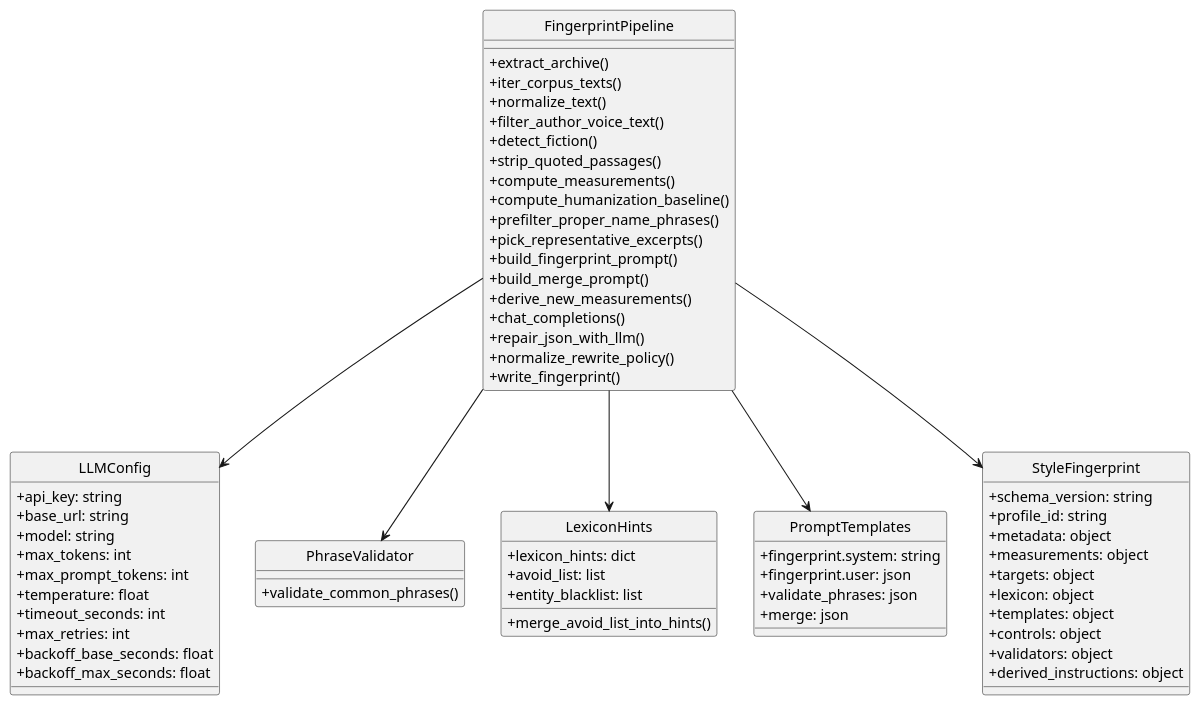
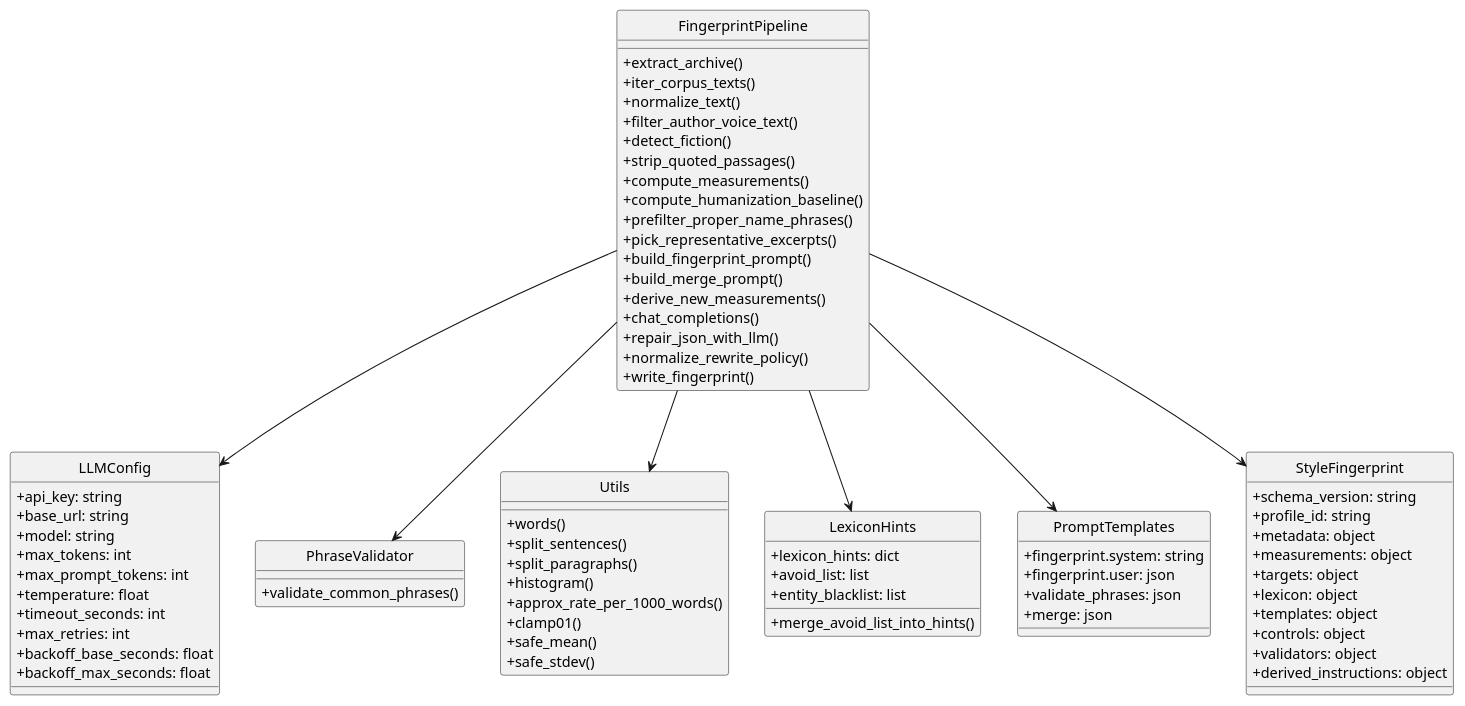
The first of 3 diagrams in UML-Fingerprint.md (ngpepin/stylometric-transfer), drawn with PlantUML before and after one commit. The commit also changed other lines of this file and 10 other files, not shown here.

````diff
--- a/UML-Fingerprint.md
+++ b/UML-Fingerprint.md
@@ -46,6 +46,17 @@
   +validate_common_phrases()
 }
 
+class Utils {
+  +words()
+  +split_sentences()
+  +split_paragraphs()
+  +histogram()
+  +approx_rate_per_1000_words()
+  +clamp01()
+  +safe_mean()
+  +safe_stdev()
+}
+
 class LexiconHints {
   +lexicon_hints: dict
   +avoid_list: list
@@ -78,5 +89,6 @@
 FingerprintPipeline --> PhraseValidator
 FingerprintPipeline --> LexiconHints
 FingerprintPipeline --> StyleFingerprint
+FingerprintPipeline --> Utils
 @enduml
 ```
````
